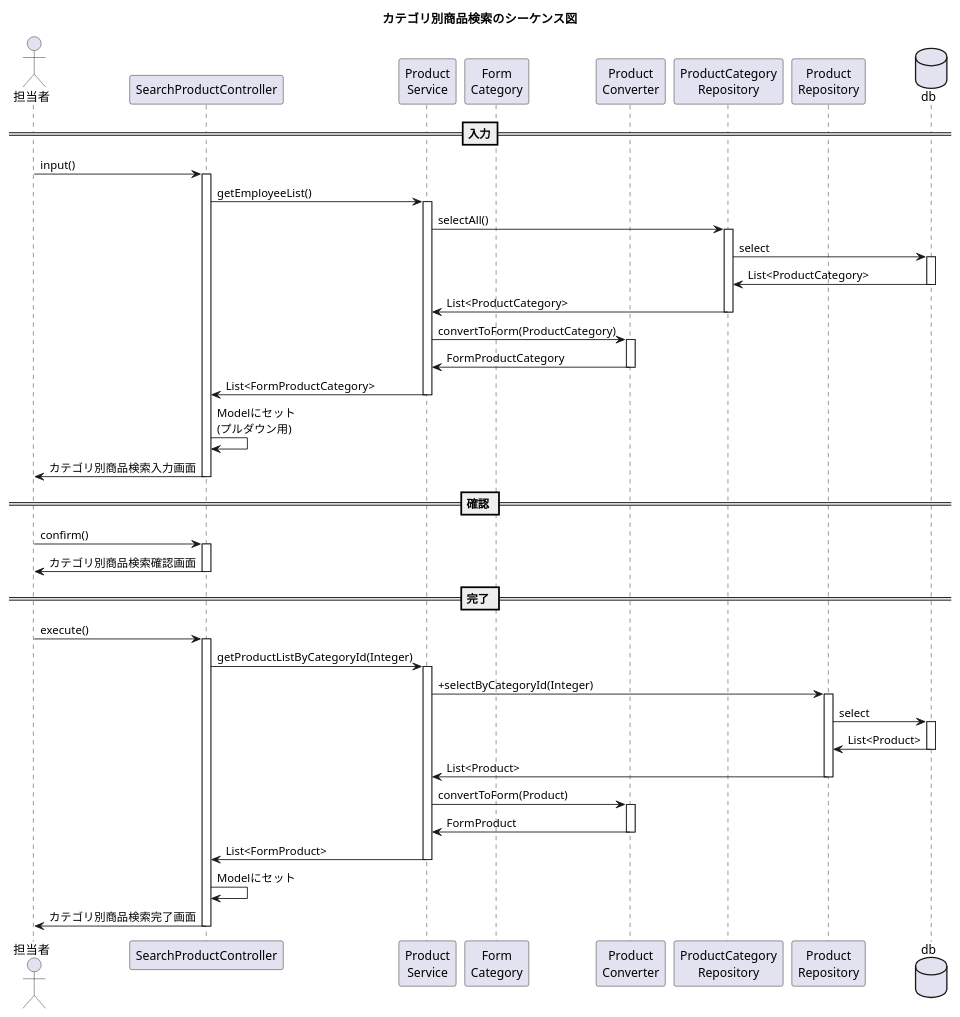
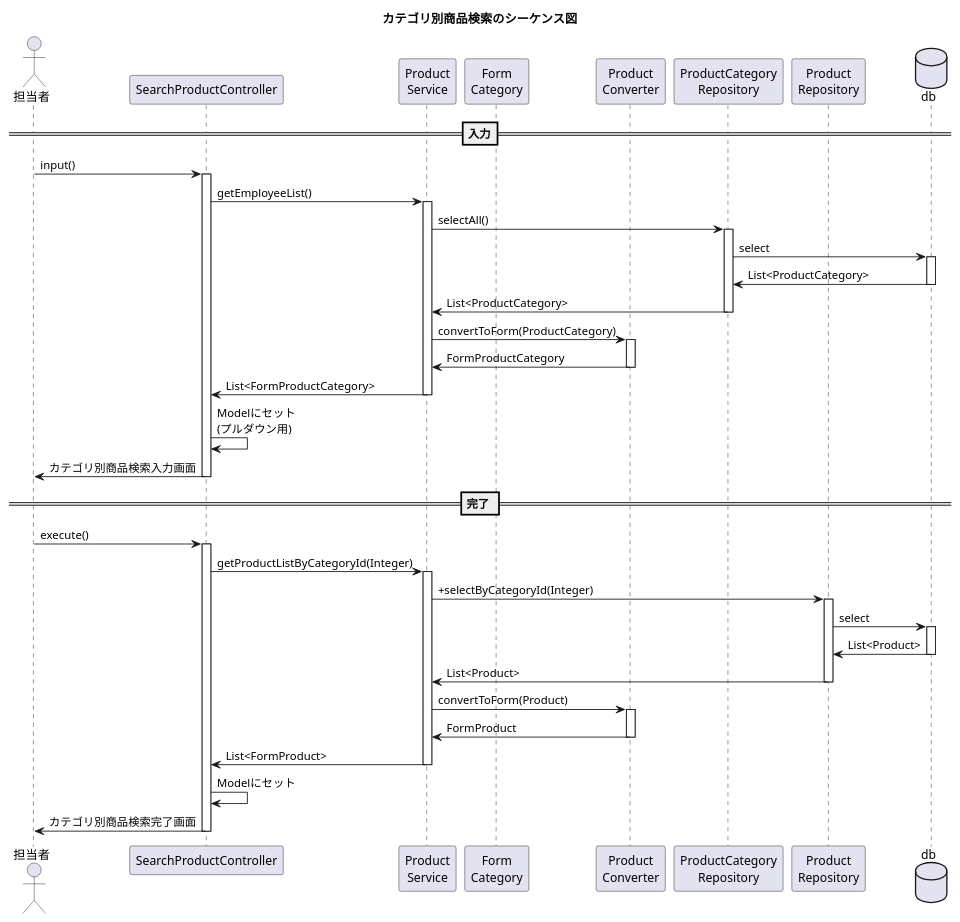
One commit to kanavii3333/ec-b changed the diagram in plan/uml/sequence/uc011.plantuml. Above: the diagram before and after it, drawn with PlantUML. The commit also changed 1 other file, not shown here.

Commit message:
uc011.plantuml 修正

```diff
--- a/plan/uml/sequence/uc011.plantuml
+++ b/plan/uml/sequence/uc011.plantuml
@@ -1,41 +1,39 @@
 @startuml
 
 title カテゴリ別商品検索のシーケンス図
 actor "担当者" as user
 participant "SearchProductController" as controller
 participant "Product\nService" as service
 participant "Form\nCategory" as form
 participant "Product\nConverter" as helper
 participant "ProductCategory\nRepository" as repository1
 participant "Product\nRepository" as repository2
 database "db" as db
 ==入力==
 user -> controller++:input()
 controller -> service++:getEmployeeList()
 service -> repository1++:selectAll()
 repository1 -> db++:select
 db -> repository1--:List<ProductCategory>
 repository1 -> service--:List<ProductCategory>
 service -> helper++:convertToForm(ProductCategory)
 service <- helper--:FormProductCategory
 service -> controller--:List<FormProductCategory>
 controller -> controller:Modelにセット\n(プルダウン用)
 controller -> user--:カテゴリ別商品検索入力画面
-== 確認 ==
-user -> controller++:confirm()
-controller -> user--:カテゴリ別商品検索確認画面
+
 == 完了 ==
 user -> controller++:execute()
 controller -> service++:getProductListByCategoryId(Integer)
 service -> repository2++:+selectByCategoryId(Integer)
 repository2 -> db++:select
 db -> repository2--:List<Product>
 repository2 -> service--:List<Product>
 service -> helper++:convertToForm(Product)
 service <- helper--:FormProduct
 service -> controller--:List<FormProduct>
 controller -> controller:Modelにセット
 controller -> user--:カテゴリ別商品検索完了画面
 
 
 @enduml
```
